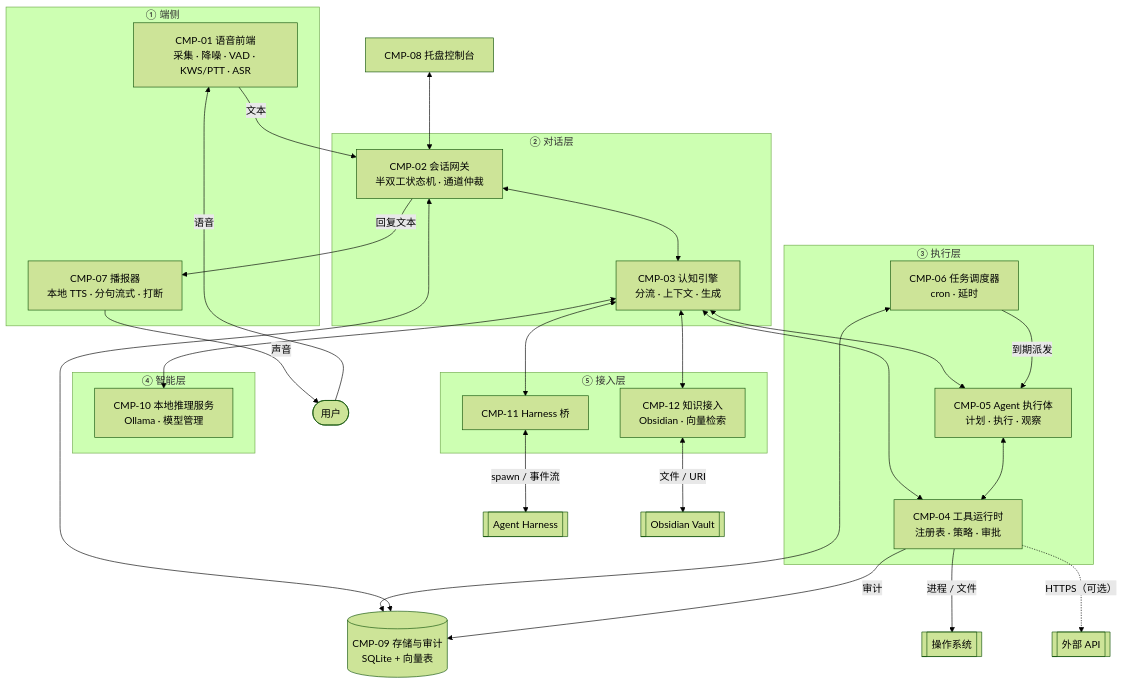
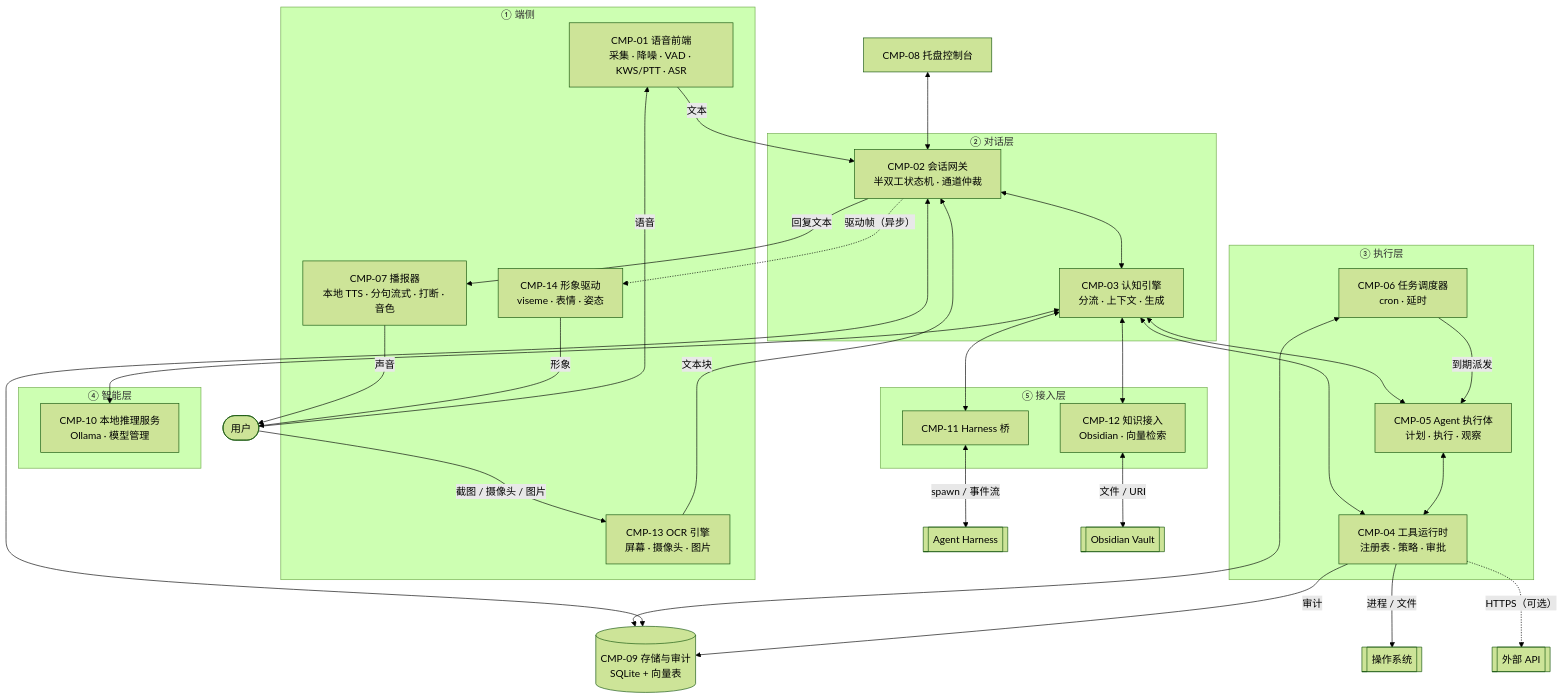
One commit to DongyueHAN/VoxDesk changed the second of 13 diagrams in docs/03-architecture.md. Above: the diagram before and after it, drawn with Mermaid (forest theme). The commit also changed other lines of this file and 6 other files, not shown here.

````diff
--- a/docs/03-architecture.md
+++ b/docs/03-architecture.md
@@ -56,47 +57,53 @@
 ```mermaid
-%% diagram: C4-01 容器图 | updated: 2026-10-26
+%% diagram: C4-01 容器图 | updated: 2026-11-12
 flowchart TB
     subgraph EDGE["① 端侧"]
         FE["CMP-01 语音前端<br/>采集 · 降噪 · VAD · KWS/PTT · ASR"]
-        TTS["CMP-07 播报器<br/>本地 TTS · 分句流式 · 打断"]
+        TTS["CMP-07 播报器<br/>本地 TTS · 分句流式 · 打断 · 音色"]
+        OCR["CMP-13 OCR 引擎<br/>屏幕 · 摄像头 · 图片"]
+        AV["CMP-14 形象驱动<br/>viseme · 表情 · 姿态"]
     end
     subgraph DIALOG["② 对话层"]
         GW["CMP-02 会话网关<br/>半双工状态机 · 通道仲裁"]
         CE["CMP-03 认知引擎<br/>分流 · 上下文 · 生成"]
     end
     subgraph EXEC["③ 执行层"]
         TR["CMP-04 工具运行时<br/>注册表 · 策略 · 审批"]
         AR["CMP-05 Agent 执行体<br/>计划 · 执行 · 观察"]
         SC["CMP-06 任务调度器<br/>cron · 延时"]
     end
     subgraph INTEL["④ 智能层"]
         LLM["CMP-10 本地推理服务<br/>Ollama · 模型管理"]
     end
     subgraph ACCESS["⑤ 接入层"]
         HB["CMP-11 Harness 桥"]
         KB["CMP-12 知识接入<br/>Obsidian · 向量检索"]
     end
     DB[("CMP-09 存储与审计<br/>SQLite + 向量表")]
     UI["CMP-08 托盘控制台"]
 
     U(["用户"]) -- "语音" --> FE
     FE -- "文本" --> GW
     GW <--> CE
     CE <--> LLM
     CE <--> TR
     CE <--> AR
     AR <--> TR
     CE <--> HB
     CE <--> KB
     SC -- "到期派发" --> AR
     SC <--> DB
     GW <--> DB
     TR -- "审计" --> DB
     TR -- "进程 / 文件" --> OS[["操作系统"]]
     TR -. "HTTPS（可选）" .-> EXT[["外部 API"]]
     HB <-->|"spawn / 事件流"| H[["Agent Harness"]]
     KB <-->|"文件 / URI"| V[["Obsidian Vault"]]
     GW -- "回复文本" --> TTS
     TTS -- "声音" --> U
+    U -- "截图 / 摄像头 / 图片" --> OCR
+    OCR -- "文本块" --> GW
+    GW -. "驱动帧（异步）" .-> AV
+    AV -- "形象" --> U
     UI <--> GW
 ```
````
